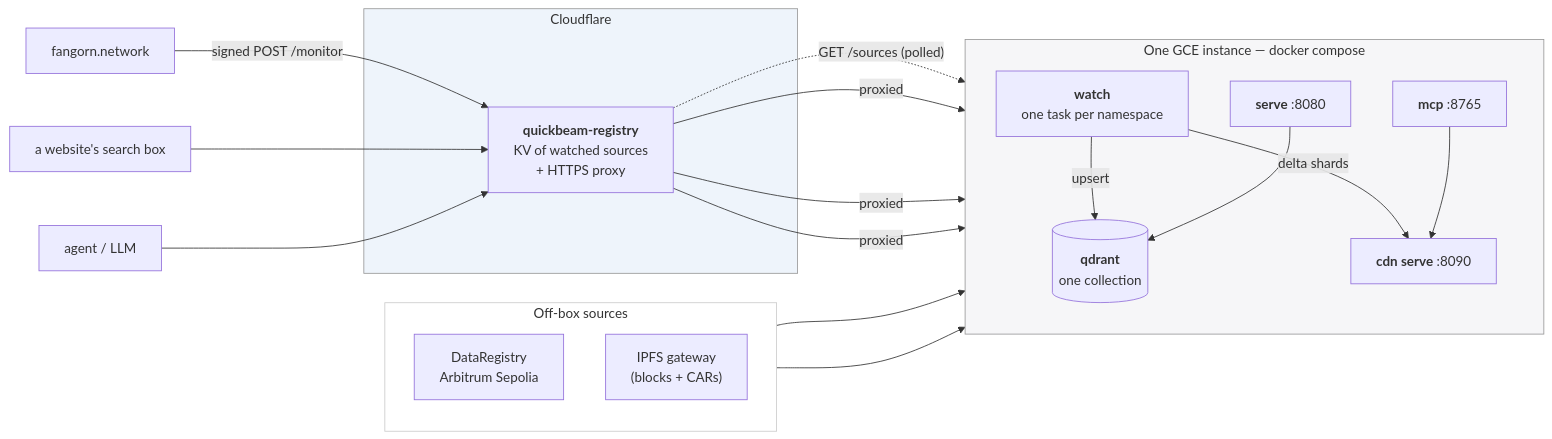
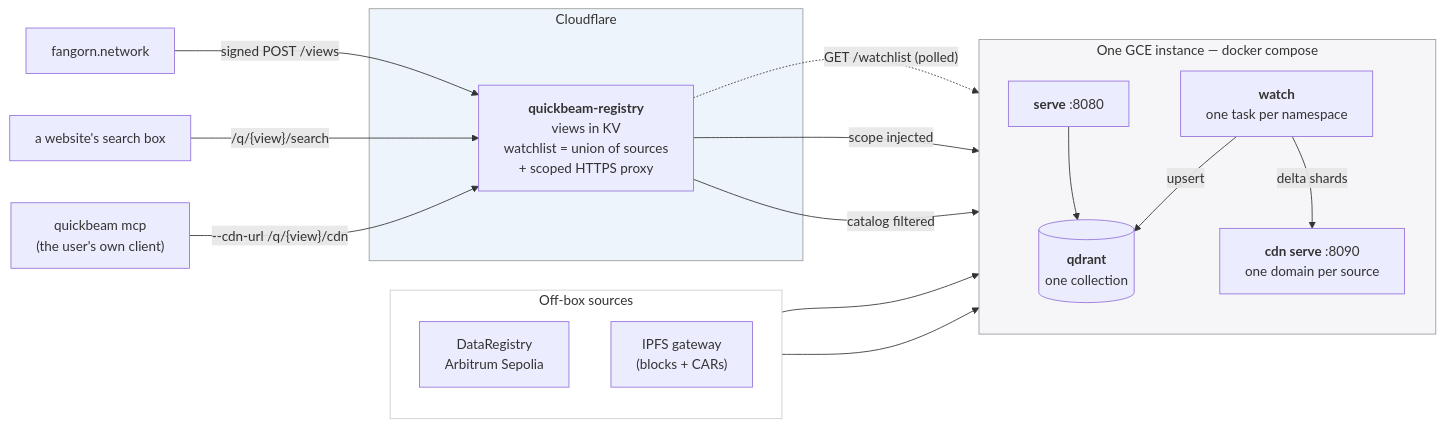
One commit to fangorn-network/quickbeam changed the first of 2 diagrams in DOCKER-README.md. Above: the diagram before and after it, drawn with Mermaid. The commit also changed other lines of this file and 3 other files, not shown here.

````diff
--- a/DOCKER-README.md
+++ b/DOCKER-README.md
@@ -11,39 +16,36 @@
 ```mermaid
 flowchart LR
     subgraph chain["Off-box sources"]
         direction TB
         DR["DataRegistry<br/>Arbitrum Sepolia"]
         IPFS["IPFS gateway<br/>(blocks + CARs)"]
     end
 
     subgraph cf["Cloudflare"]
-        REG["<b>quickbeam-registry</b><br/>KV of watched sources<br/>+ HTTPS proxy"]
+        REG["<b>quickbeam-registry</b><br/>views in KV<br/>watchlist = union of sources<br/>+ scoped HTTPS proxy"]
     end
 
     subgraph vm["One GCE instance — docker compose"]
         direction TB
         W["<b>watch</b><br/>one task per namespace"]
         Q[("<b>qdrant</b><br/>one collection")]
-        C["<b>cdn serve</b> :8090"]
+        C["<b>cdn serve</b> :8090<br/>one domain per source"]
         S["<b>serve</b> :8080"]
-        M["<b>mcp</b> :8765"]
         W -->|upsert| Q
         W -->|delta shards| C
         S --> Q
-        M --> C
     end
 
-    Website["fangorn.network"] -->|"signed POST /monitor"| REG
-    REG -.->|"GET /sources (polled)"| W
+    Website["fangorn.network"] -->|"signed POST /views"| REG
+    REG -.->|"GET /watchlist (polled)"| W
     DR --> W
     IPFS --> W
-    Browser["a website's search box"] --> REG
-    Agent["agent / LLM"] --> REG
-    REG -->|proxied| S
-    REG -->|proxied| C
-    REG -->|proxied| M
+    Browser["a website's search box"] -->|"/q/{view}/search"| REG
+    Agent["quickbeam mcp<br/>(the user's own client)"] -->|"--cdn-url /q/{view}/cdn"| REG
+    REG -->|"scope injected"| S
+    REG -->|"catalog filtered"| C
 
     style vm fill:#f6f6f8,stroke:#999
     style cf fill:#eef4fb,stroke:#999
     style chain fill:#fff,stroke:#ccc
 ```
````
